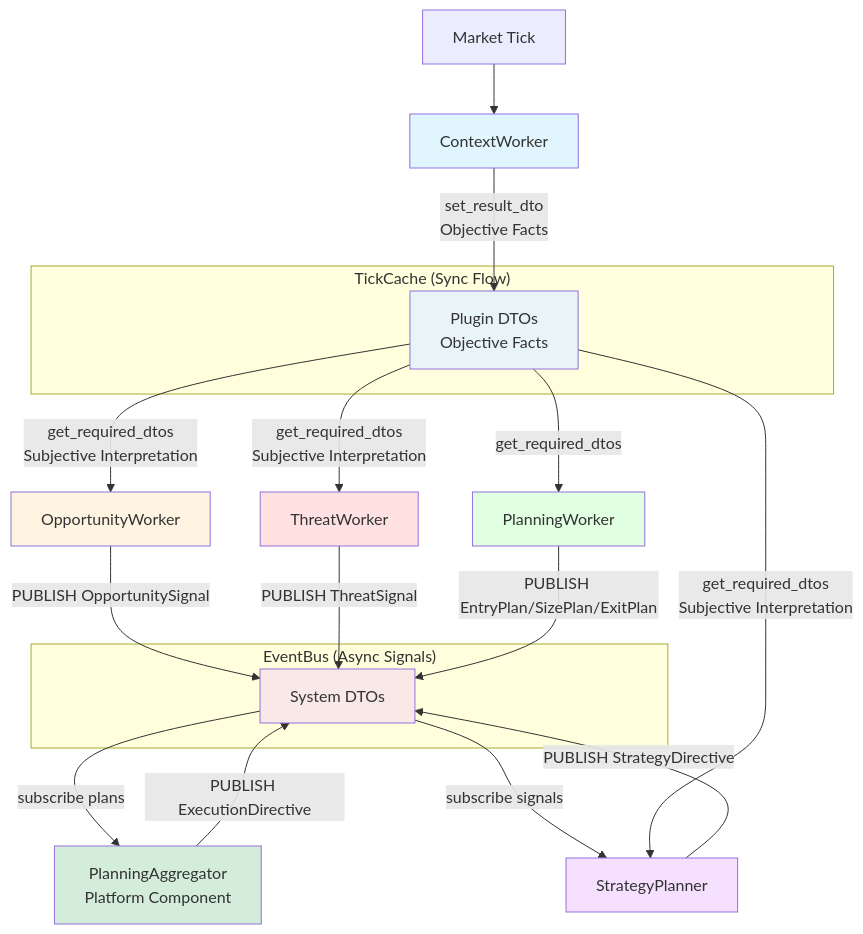
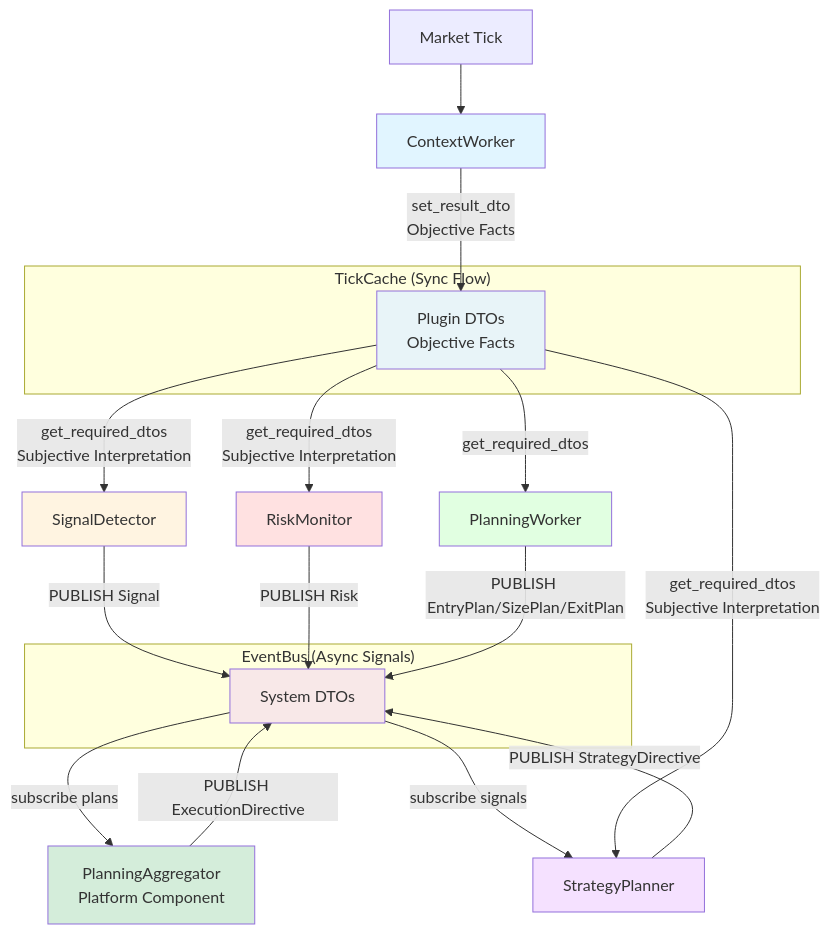
The diagram in docs/architecture/WORKER_TAXONOMY.md (MikeyVK/S1mpleTraderV3), drawn with Mermaid before and after one commit. The commit also changed other lines of this file and 2 other files, not shown here.

````diff
--- a/docs/architecture/WORKER_TAXONOMY.md
+++ b/docs/architecture/WORKER_TAXONOMY.md
@@ -12,46 +12,46 @@
 ```mermaid
 graph TB
     Tick[Market Tick]
     
     subgraph TickCache["TickCache (Sync Flow)"]
         TC[Plugin DTOs<br/>Objective Facts]
     end
     
     subgraph EventBus["EventBus (Async Signals)"]
         EB[System DTOs]
     end
     
     CW[ContextWorker]
-    OW[OpportunityWorker]
-    TW[ThreatWorker]
+    OW[SignalDetector]
+    TW[RiskMonitor]
     PW[PlanningWorker]
     PA[PlanningAggregator<br/>Platform Component]
     SP[StrategyPlanner]
     
     Tick --> CW
     CW -->|set_result_dto<br/>Objective Facts| TC
     
     TC -->|get_required_dtos<br/>Subjective Interpretation| OW
     TC -->|get_required_dtos<br/>Subjective Interpretation| TW
     TC -->|get_required_dtos| PW
     
-    OW -->|PUBLISH OpportunitySignal| EB
-    TW -->|PUBLISH ThreatSignal| EB
+    OW -->|PUBLISH Signal| EB
+    TW -->|PUBLISH Risk| EB
     PW -->|PUBLISH EntryPlan/SizePlan/ExitPlan| EB
     
     EB -->|subscribe plans| PA
     PA -->|PUBLISH ExecutionDirective| EB
     
     EB -->|subscribe signals| SP
     TC -->|get_required_dtos<br/>Subjective Interpretation| SP
     SP -->|PUBLISH StrategyDirective| EB
     
     style CW fill:#e1f5ff
     style OW fill:#fff4e1
     style TW fill:#ffe1e1
     style PW fill:#e1ffe1
     style PA fill:#d4edda
     style SP fill:#f5e1ff
     style TC fill:#e8f4f8
     style EB fill:#f8e8e8
 ```
````
